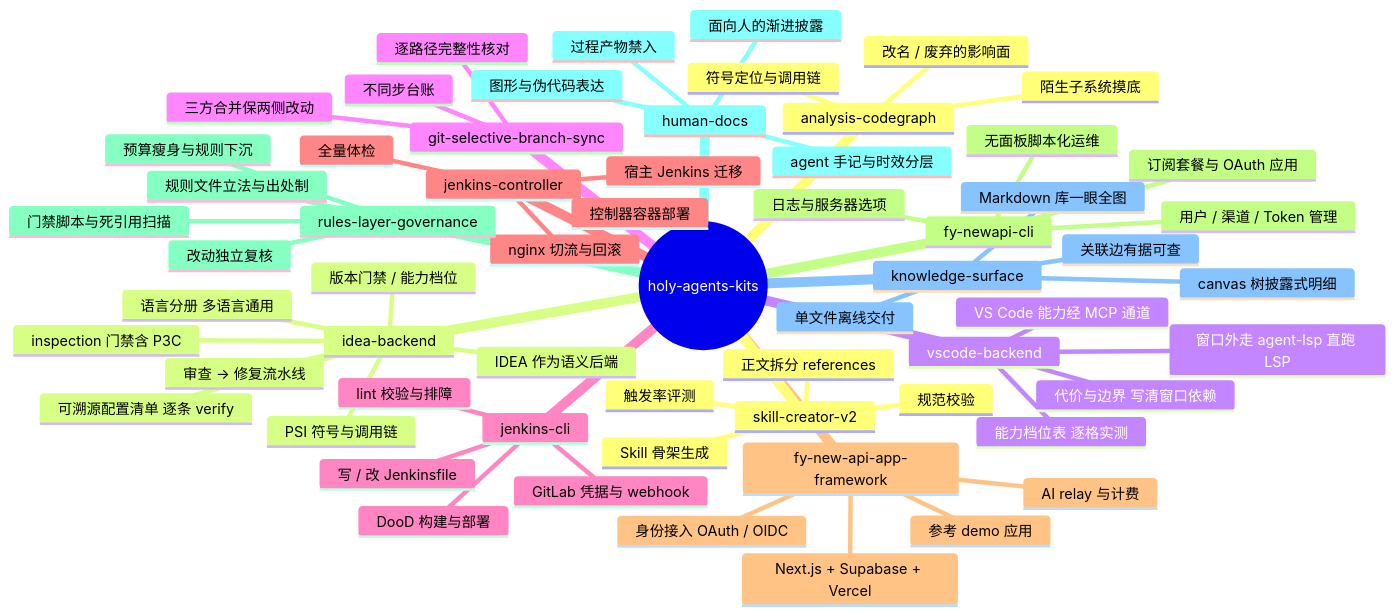
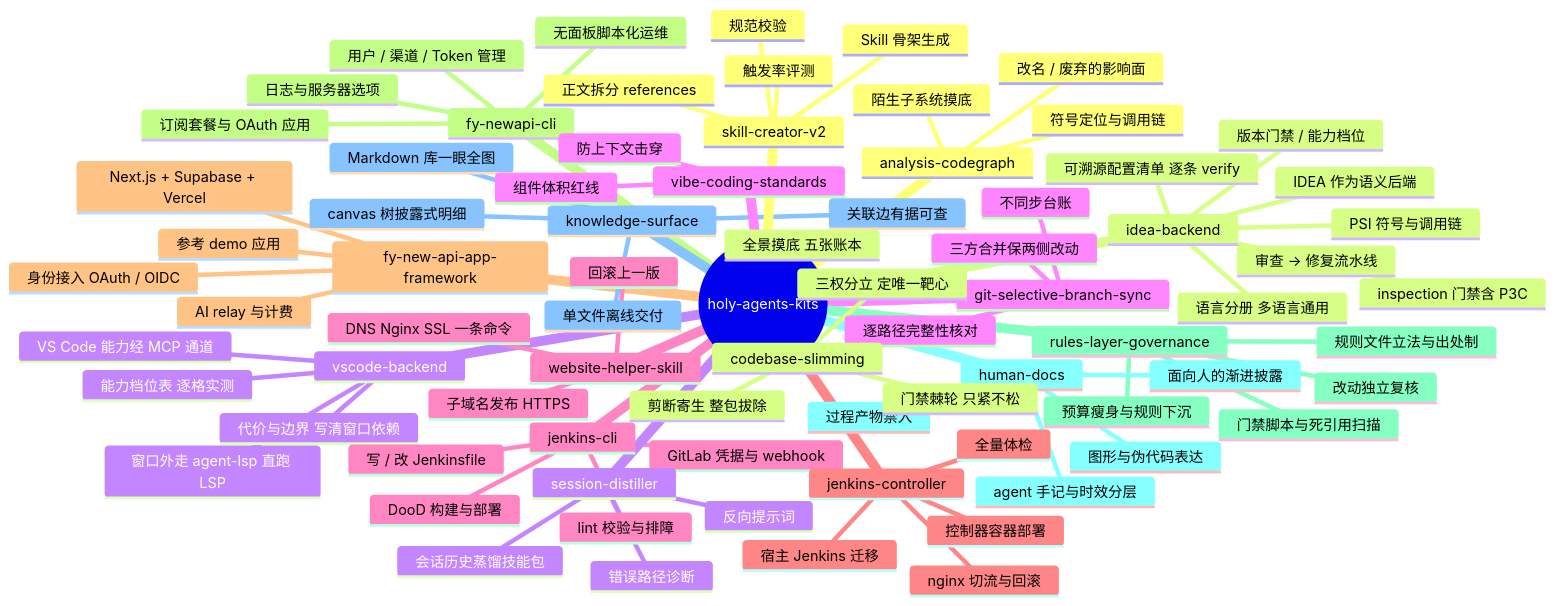
One commit to monsterbude123/holy-agents-kits changed the diagram in README.md. Above: the diagram before and after it, drawn with Mermaid. The commit also changed other lines of this file and 7 other files, not shown here.

First line of the commit message:
feat(codebase-slimming): 新增巨石代码库消肿与安全拔除技能，发布 0.11.0

````diff
--- a/README.md
+++ b/README.md
@@ -13,65 +13,81 @@
 ```mermaid
 mindmap
   root((holy-agents-kits))
     analysis-codegraph
       符号定位与调用链
       改名 / 废弃的影响面
       陌生子系统摸底
     idea-backend
       IDEA 作为语义后端
       PSI 符号与调用链
       inspection 门禁含 P3C
       审查 → 修复流水线
       语言分册 多语言通用
       版本门禁 / 能力档位
       可溯源配置清单 逐条 verify
     vscode-backend
       VS Code 能力经 MCP 通道
       窗口外走 agent-lsp 直跑 LSP
       能力档位表 逐格实测
       代价与边界 写清窗口依赖
     git-selective-branch-sync
       三方合并保两侧改动
       不同步台账
       逐路径完整性核对
     jenkins-cli
       写 / 改 Jenkinsfile
       DooD 构建与部署
       GitLab 凭据与 webhook
       lint 校验与排障
     jenkins-controller
       控制器容器部署
       宿主 Jenkins 迁移
       nginx 切流与回滚
       全量体检
     fy-new-api-app-framework
       身份接入 OAuth / OIDC
       AI relay 与计费
       Next.js + Supabase + Vercel
       参考 demo 应用
     fy-newapi-cli
       用户 / 渠道 / Token 管理
       日志与服务器选项
       订阅套餐与 OAuth 应用
       无面板脚本化运维
     rules-layer-governance
       规则文件立法与出处制
       预算瘦身与规则下沉
       门禁脚本与死引用扫描
       改动独立复核
     human-docs
       面向人的渐进披露
       图形与伪代码表达
       过程产物禁入
       agent 手记与时效分层
     knowledge-surface
       Markdown 库一眼全图
       canvas 树披露式明细
       关联边有据可查
       单文件离线交付
     skill-creator-v2
       Skill 骨架生成
       正文拆分 references
       规范校验
       触发率评测
+    codebase-slimming
+      全景摸底 五张账本
+      三权分立 定唯一靶心
+      剪断寄生 整包拔除
+      门禁棘轮 只紧不松
+    session-distiller
+      会话历史蒸馏技能包
+      错误路径诊断
+      反向提示词
+    vibe-coding-standards
+      组件体积红线
+      防上下文击穿
+    website-helper-skill
+      子域名发布 HTTPS
+      DNS Nginx SSL 一条命令
+      回滚上一版
 ```
````
